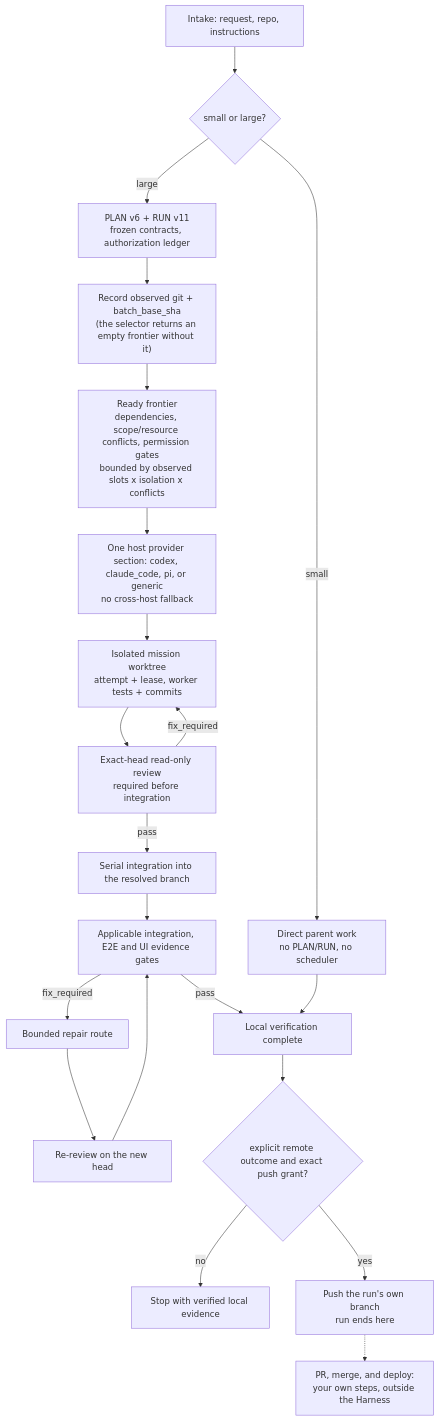
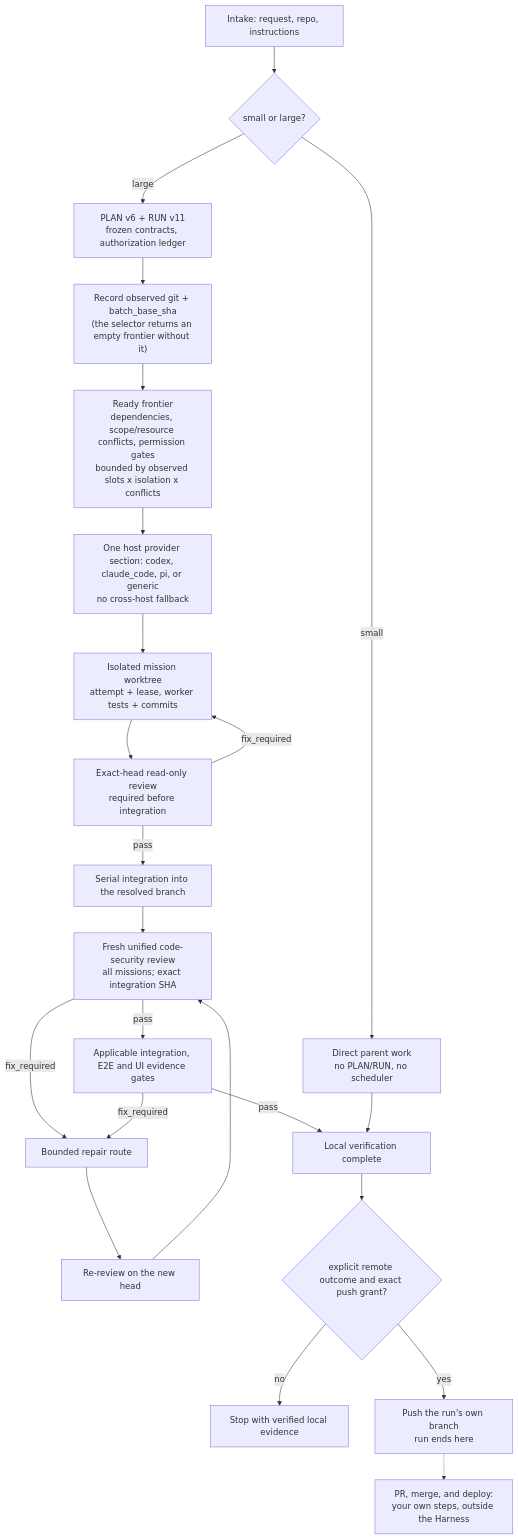
One commit to Phlegonlabs/product-delivery-harness changed the third of 3 diagrams in README.md. Above: the diagram before and after it, drawn with Mermaid. The commit also changed other lines of this file and 60 other files, not shown here.

First line of the commit message:
Add final code security review gate (#85)

````diff
--- a/README.md
+++ b/README.md
@@ -226,23 +233,25 @@
 ```mermaid
 flowchart TB
   Intake["Intake: request, repo, instructions"] --> Size{"small or large?"}
   Size -->|small| Direct["Direct parent work<br/>no PLAN/RUN, no scheduler"]
   Size -->|large| Plan["PLAN v6 + RUN v11<br/>frozen contracts, authorization ledger"]
   Plan --> Observe["Record observed git + batch_base_sha<br/>(the selector returns an empty frontier without it)"]
   Observe --> Frontier["Ready frontier<br/>dependencies, scope/resource conflicts, permission gates<br/>bounded by observed slots x isolation x conflicts"]
   Frontier --> Host["One host provider section: codex, claude_code, pi, or generic<br/>no cross-host fallback"]
   Host --> Work["Isolated mission worktree<br/>attempt + lease, worker tests + commits"]
   Work --> Review["Exact-head read-only review<br/>required before integration"]
   Review -->|pass| Integrate["Serial integration into the resolved branch"]
   Review -->|fix_required| Work
-  Integrate --> Gates["Applicable integration, E2E and UI evidence gates"]
-  Gates -->|fix_required| Repair["Bounded repair route"]
+  Integrate --> Security["Fresh unified code-security review<br/>all missions; exact integration SHA"]
+  Security -->|pass| Gates["Applicable integration, E2E and UI evidence gates"]
+  Security -->|fix_required| Repair["Bounded repair route"]
+  Gates -->|fix_required| Repair
   Repair --> Rereview["Re-review on the new head"]
-  Rereview --> Gates
+  Rereview --> Security
   Gates -->|pass| Local["Local verification complete"]
   Direct --> Local
   Local --> Remote{"explicit remote outcome and exact push grant?"}
   Remote -->|no| Done["Stop with verified local evidence"]
   Remote -->|yes| Push["Push the run's own branch<br/>run ends here"]
   Push -.-> Yours["PR, merge, and deploy:<br/>your own steps, outside the Harness"]
 ```
````
